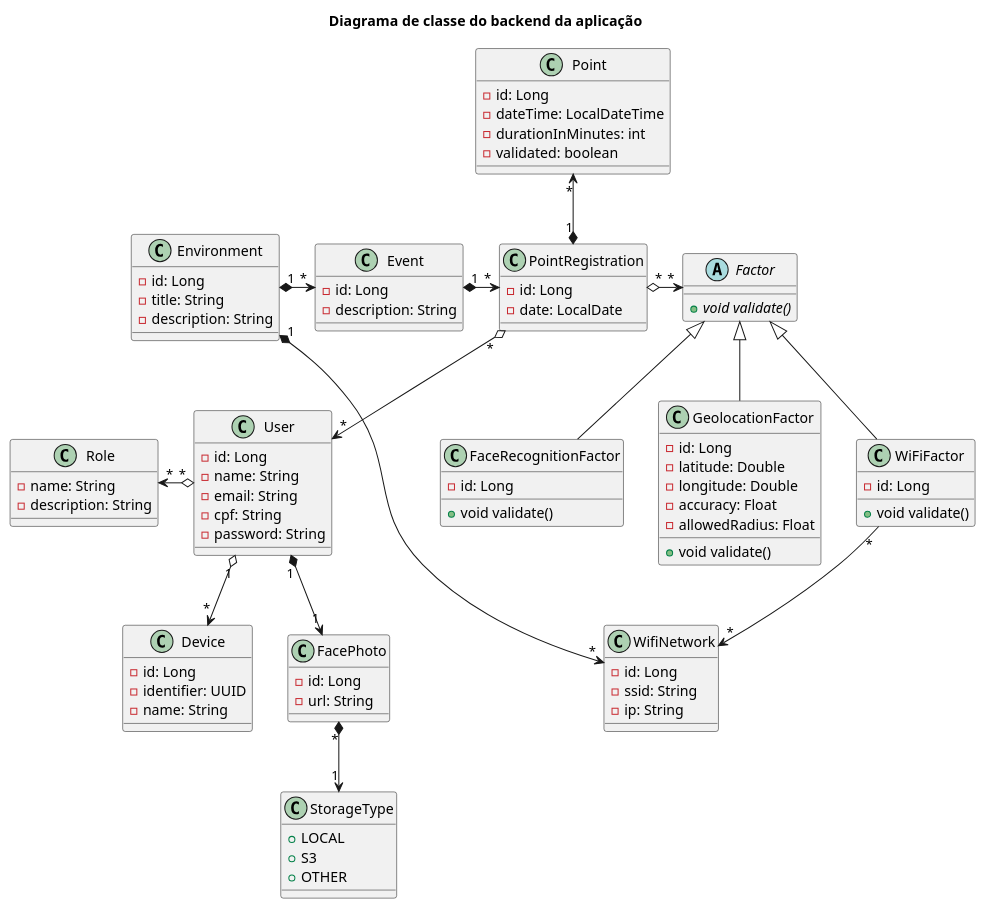
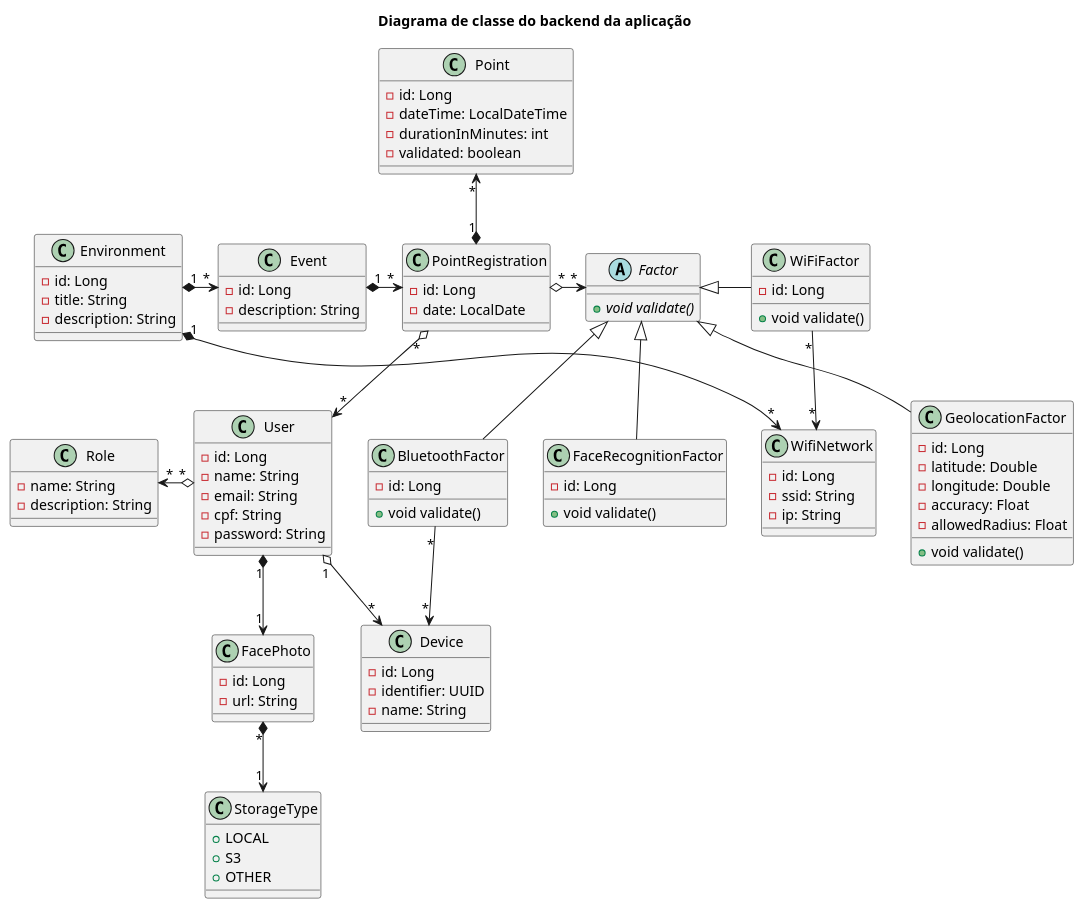
The diagram in backend/diagram-class.plantuml (luan-coelho/faceverify), drawn with PlantUML before and after one commit. The commit also changed 10 other files, not shown here.

```diff
--- a/backend/diagram-class.plantuml
+++ b/backend/diagram-class.plantuml
@@ -1,106 +1,113 @@
 @startuml
 title Diagrama de classe do backend da aplicação
 
 class User {
     - id: Long
     - name: String
     - email: String
     - cpf: String
     - password: String
 }
 
 class Device {
     - id: Long
     - identifier: UUID
     - name: String
 }
 
 class FacePhoto {
     - id: Long
     - url: String
 }
 
 class StorageType {
     + LOCAL
     + S3
     + OTHER
 }
 
 class Role {
     - name: String
     - description: String
 }
 
 class Event {
     - id: Long
     - description: String
 }
 
 class PointRegistration {
     - id: Long
     - date: LocalDate
 }
 
 class Point {
     - id: Long
     - dateTime: LocalDateTime
     - durationInMinutes: int
     - validated: boolean
 }
 
 abstract class Factor {
     + void {abstract} validate()
 }
 
 class Environment {
     - id: Long
     - title: String
     - description: String
 }
 
 class WifiNetwork {
     - id: Long
     - ssid: String
     - ip: String
 }
 
 class FaceRecognitionFactor {
     - id: Long
     + void validate()
 }
 
 class GeolocationFactor {
     - id: Long
     - latitude: Double
     - longitude: Double
     - accuracy: Float
     - allowedRadius: Float
     + void validate()
 }
 
 class WiFiFactor {
     - id: Long
     + void validate()
 }
 
+class BluetoothFactor {
+    - id: Long
+    + void validate()
+}
+
 Environment "1" *-> "*" Event
 Environment "1" *-down-> "*" WifiNetwork
 Event "1" *-> "*" PointRegistration
 
 PointRegistration "1" *-up-> "*" Point
 PointRegistration "*" o-down-> "*" User
 PointRegistration "*" o-> "*" Factor
 
 Factor <|-- FaceRecognitionFactor
 Factor <|-- GeolocationFactor
-Factor <|-- WiFiFactor
+Factor <|-right- WiFiFactor
+Factor <|-- BluetoothFactor
 
 WiFiFactor "*" --> "*" WifiNetwork
+BluetoothFactor "*" --> "*" Device
 
 User "*" o-left-> "*" Role
 User "1" o-down-> "*" Device
 User "1" *-down-> "1" FacePhoto
 
 FacePhoto "*" *-down-> "1" StorageType
 
 @enduml
```
